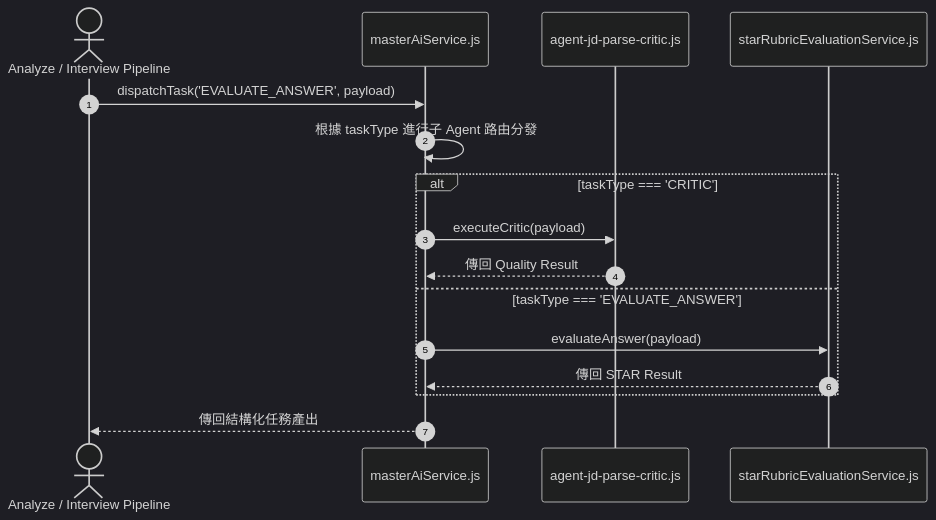
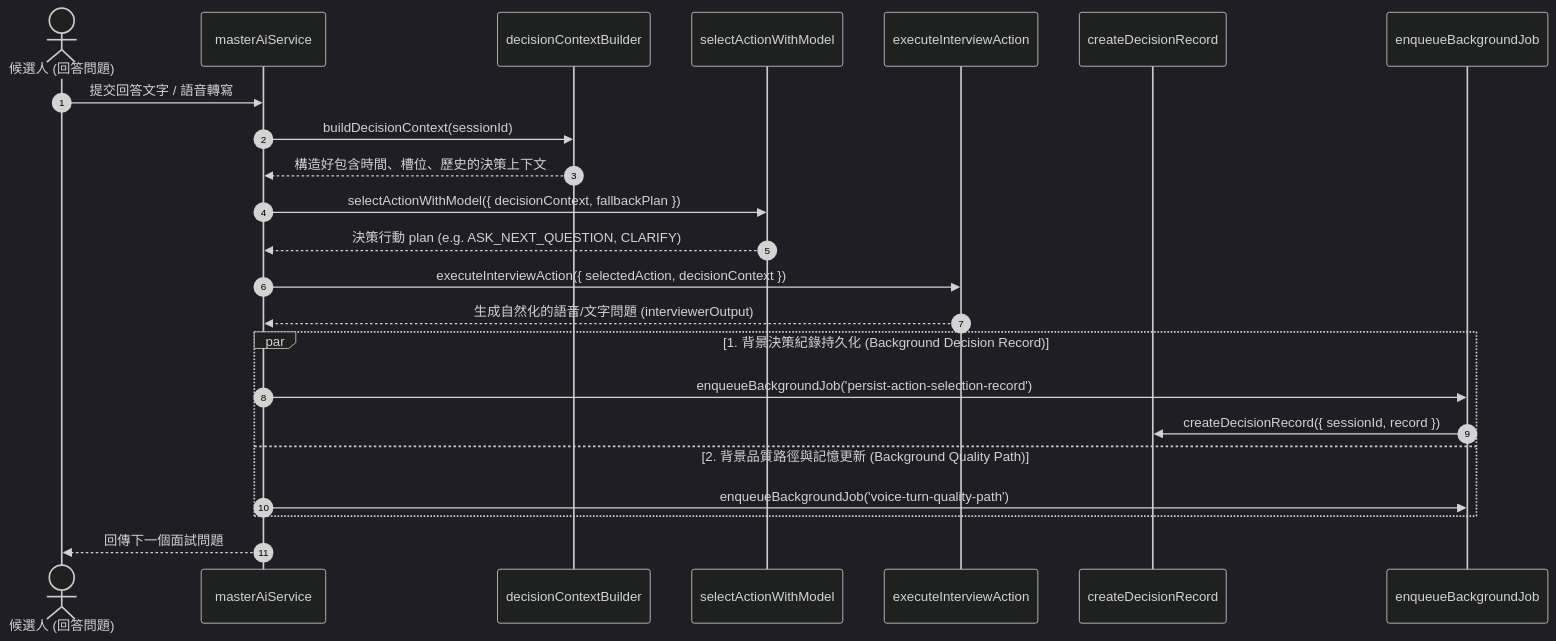
Before and after one commit to Alanho2025/Kiwi-AI-interview-Agent: the diagram in docs/architecture-decision-records/features/F-63-master-ai-controller-agent.md, drawn with Mermaid (dark theme). The commit also changed other lines of this file and 74 other files, not shown here.

````diff
--- a/docs/architecture-decision-records/features/F-63-master-ai-controller-agent.md
+++ b/docs/architecture-decision-records/features/F-63-master-ai-controller-agent.md
@@ -47,19 +56,30 @@
 ```mermaid
 sequenceDiagram
     autonumber
-    actor Pipeline as Analyze / Interview Pipeline
-    participant Master as masterAiService.js
-    participant SubAgentA as agent-jd-parse-critic.js
-    participant SubAgentB as starRubricEvaluationService.js
+    actor User as 候選人 (回答問題)
+    participant Master as masterAiService
+    participant Context as decisionContextBuilder
+    participant Planner as selectActionWithModel
+    participant Exec as executeInterviewAction
+    participant Record as createDecisionRecord
+    participant Job as enqueueBackgroundJob
 
-    Pipeline->>Master: dispatchTask('EVALUATE_ANSWER', payload)
-    Master->>Master: 根據 taskType 進行子 Agent 路由分發
-    alt taskType === 'CRITIC'
-        Master->>SubAgentA: executeCritic(payload)
-        SubAgentA-->>Master: 傳回 Quality Result
-    else taskType === 'EVALUATE_ANSWER'
-        Master->>SubAgentB: evaluateAnswer(payload)
-        SubAgentB-->>Master: 傳回 STAR Result
+    User->>Master: 提交回答文字 / 語音轉寫
+    Master->>Context: buildDecisionContext(sessionId)
+    Context-->>Master: 構造好包含時間、槽位、歷史的決策上下文
+    
+    Master->>Planner: selectActionWithModel({ decisionContext, fallbackPlan })
+    Planner-->>Master: 決策行動 plan (e.g. ASK_NEXT_QUESTION, CLARIFY)
+
+    Master->>Exec: executeInterviewAction({ selectedAction, decisionContext })
+    Exec-->>Master: 生成自然化的語音/文字問題 (interviewerOutput)
+
+    par 1. 背景決策紀錄持久化 (Background Decision Record)
+        Master->>Job: enqueueBackgroundJob('persist-action-selection-record')
+        Job->>Record: createDecisionRecord({ sessionId, record })
+    and 2. 背景品質路徑與記憶更新 (Background Quality Path)
+        Master->>Job: enqueueBackgroundJob('voice-turn-quality-path')
     end
-    Master-->>Pipeline: 傳回結構化任務產出
+
+    Master-->>User: 回傳下一個面試問題
 ```
````
